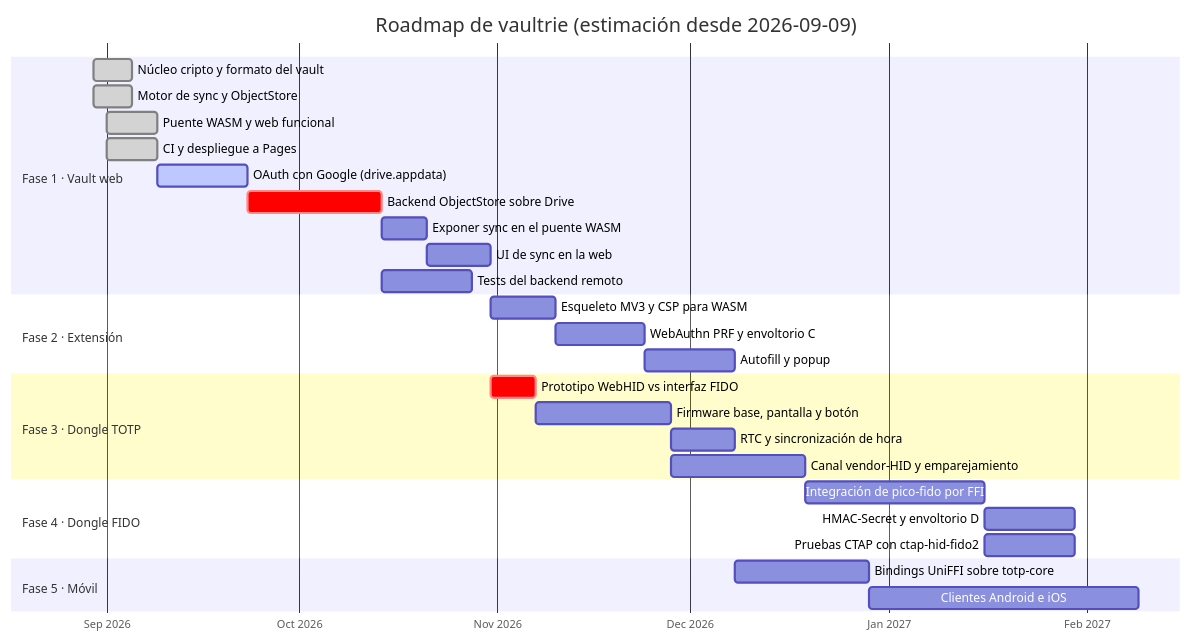
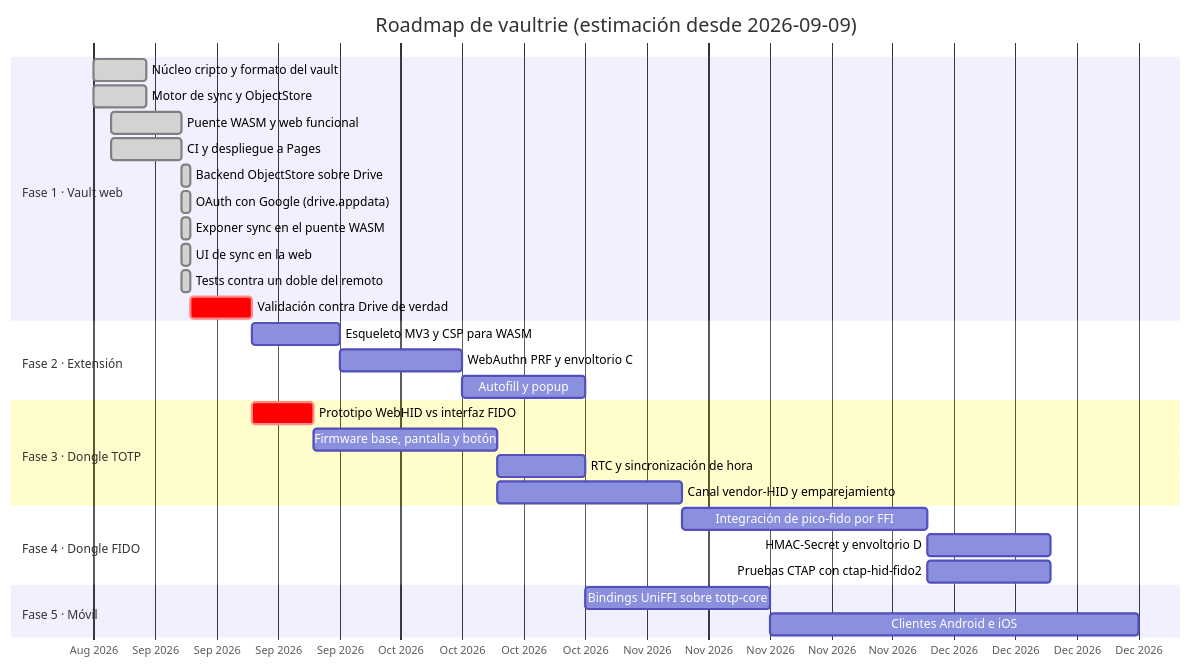
Before and after one commit to vaultri/vaultri.github.io: the first of 2 diagrams in ROADMAP/2026-09-09/09-planificacion.md, drawn with Mermaid. The commit also changed other lines of this file and 6 other files, not shown here.

First line of the commit message:
Poner al día roadmap y registro con el sync ya conectado

````diff
--- a/ROADMAP/2026-09-09/09-planificacion.md
+++ b/ROADMAP/2026-09-09/09-planificacion.md
@@ -11,38 +11,39 @@
 ```mermaid
 gantt
     title Roadmap de vaultrie (estimación desde 2026-09-09)
     dateFormat YYYY-MM-DD
     axisFormat %b %Y
     todayMarker stroke-width:2px,stroke:#b45309
 
     section Fase 1 · Vault web
     Núcleo cripto y formato del vault    :done,   f1a, 2026-08-30, 2026-09-05
     Motor de sync y ObjectStore          :done,   f1b, 2026-08-30, 2026-09-05
     Puente WASM y web funcional          :done,   f1c, 2026-09-01, 2026-09-09
     CI y despliegue a Pages              :done,   f1d, 2026-09-01, 2026-09-09
-    OAuth con Google (drive.appdata)     :active, f1e, 2026-09-09, 14d
-    Backend ObjectStore sobre Drive      :crit,   f1f, after f1e, 21d
-    Exponer sync en el puente WASM       :        f1g, after f1f, 7d
-    UI de sync en la web                 :        f1h, after f1g, 10d
-    Tests del backend remoto             :        f1i, after f1f, 14d
+    Backend ObjectStore sobre Drive      :done,   f1f, 2026-09-09, 1d
+    OAuth con Google (drive.appdata)     :done,   f1e, 2026-09-09, 1d
+    Exponer sync en el puente WASM       :done,   f1g, 2026-09-09, 1d
+    UI de sync en la web                 :done,   f1h, 2026-09-09, 1d
+    Tests contra un doble del remoto     :done,   f1i, 2026-09-09, 1d
+    Validación contra Drive de verdad    :crit,   f1j, 2026-09-10, 7d
 
     section Fase 2 · Extensión
-    Esqueleto MV3 y CSP para WASM        :        f2a, after f1h, 10d
+    Esqueleto MV3 y CSP para WASM        :        f2a, after f1j, 10d
     WebAuthn PRF y envoltorio C          :        f2b, after f2a, 14d
     Autofill y popup                     :        f2c, after f2b, 14d
 
     section Fase 3 · Dongle TOTP
-    Prototipo WebHID vs interfaz FIDO    :crit,   f3a, after f1h, 7d
+    Prototipo WebHID vs interfaz FIDO    :crit,   f3a, after f1j, 7d
     Firmware base, pantalla y botón      :        f3b, after f3a, 21d
     RTC y sincronización de hora         :        f3c, after f3b, 10d
     Canal vendor-HID y emparejamiento    :        f3d, after f3b, 21d
 
     section Fase 4 · Dongle FIDO
     Integración de pico-fido por FFI     :        f4a, after f3d, 28d
     HMAC-Secret y envoltorio D           :        f4b, after f4a, 14d
     Pruebas CTAP con ctap-hid-fido2      :        f4c, after f4a, 14d
 
     section Fase 5 · Móvil
     Bindings UniFFI sobre totp-core      :        f5a, after f2c, 21d
     Clientes Android e iOS               :        f5b, after f5a, 42d
 ```
````
